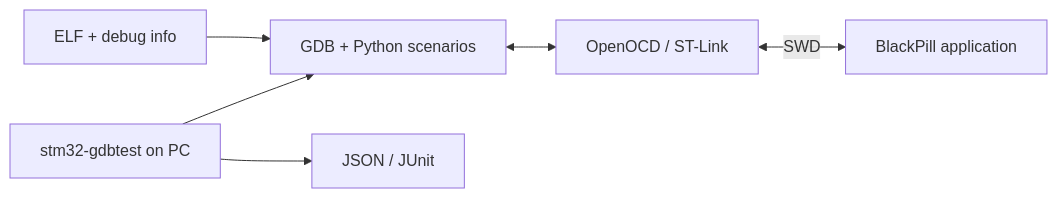
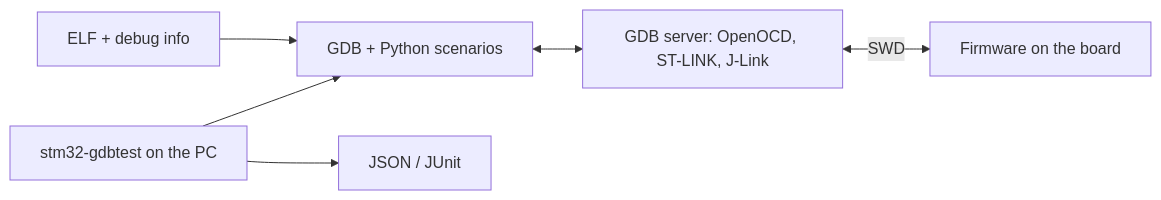
One commit to ViacheslavMezentsev/stm32-hwtest-blackpill changed the diagram in README.en.md. Above: the diagram before and after it, drawn with Mermaid. The commit also changed other lines of this file and 370 other files, not shown here.

````diff
--- a/README.en.md
+++ b/README.en.md
@@ -15,8 +14,8 @@
 ```mermaid
 flowchart LR
     E["ELF + debug info"] --> G["GDB + Python scenarios"]
-    R["stm32-gdbtest on PC"] --> G
-    G <--> S["OpenOCD / ST-Link"]
-    S <-->|SWD| M["BlackPill application"]
+    R["stm32-gdbtest on the PC"] --> G
+    G <--> S["GDB server: OpenOCD, ST-LINK, J-Link"]
+    S <-->|SWD| M["Firmware on the board"]
     R --> J["JSON / JUnit"]
 ```
````
